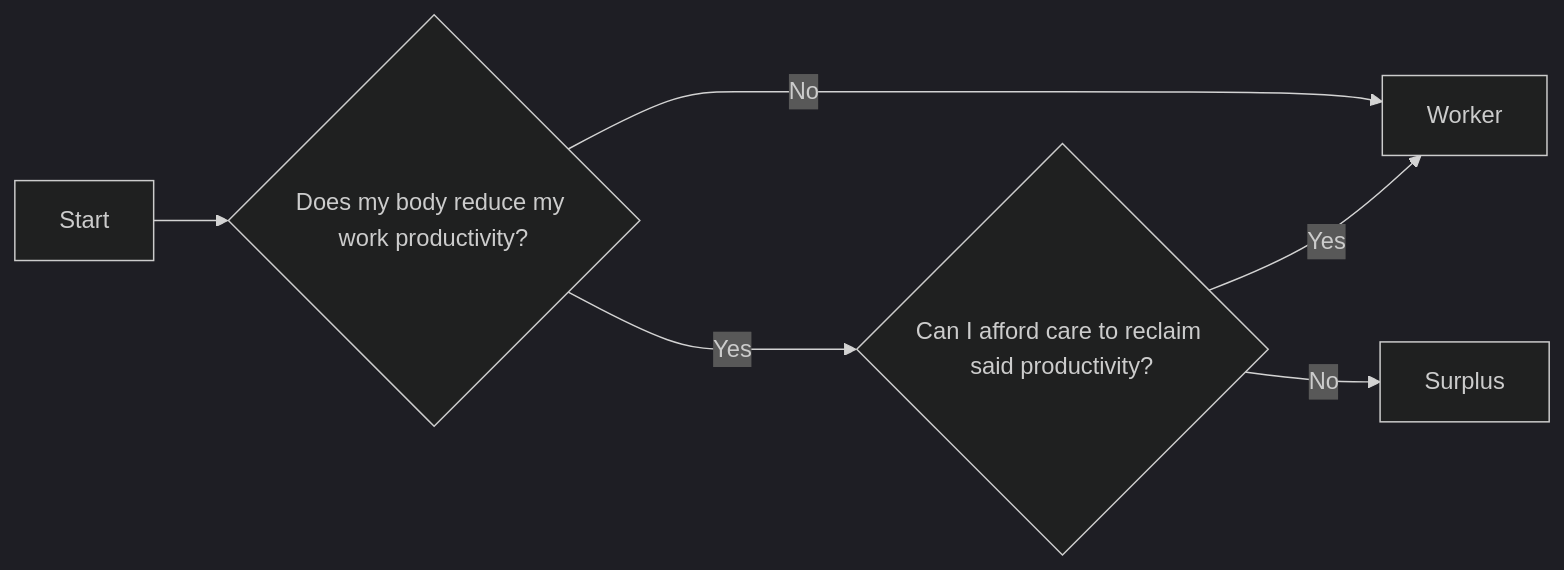
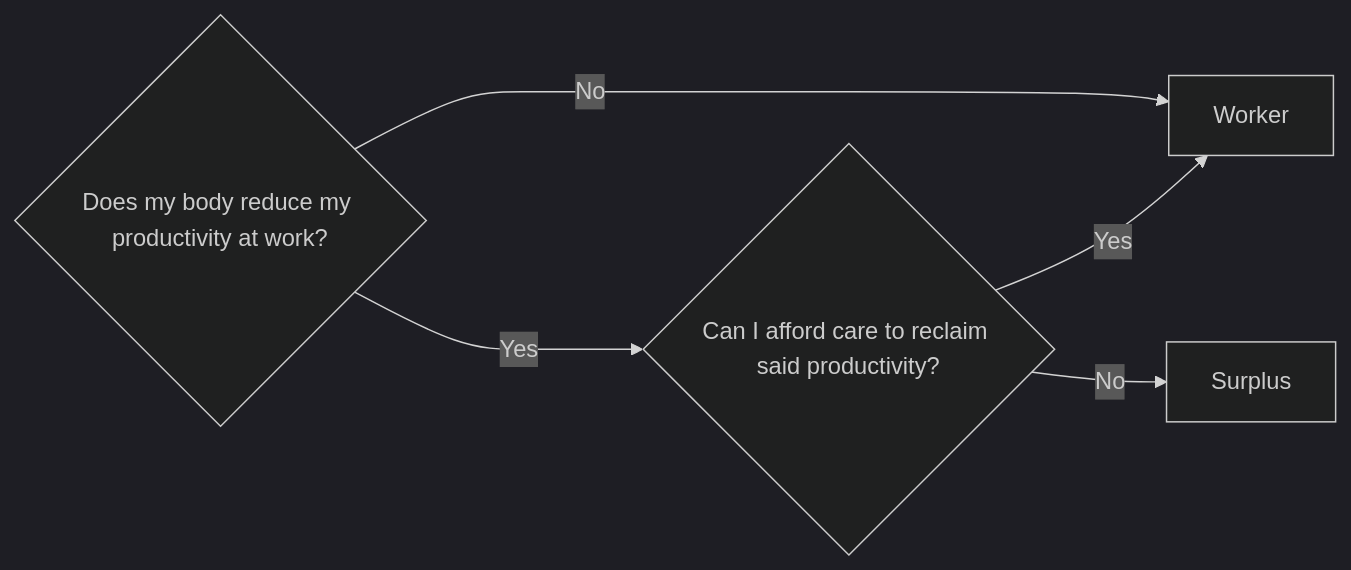
Before and after one commit to renters-union-nashville/health: the first of 2 diagrams in PITCHME.md, drawn with Mermaid. The commit also changed other lines of this file, not shown here.

````diff
--- a/PITCHME.md
+++ b/PITCHME.md
@@ -44,9 +44,9 @@
 ```mermaid[diagram of surplus relationship]
 %%{init: {'theme': 'dark', "flowchart" : { "curve" : "basis" } } }%%
 flowchart LR
-    A[Start] --> B{Does my body reduce my work productivity?}
-    B -- Yes --> C{Can I afford care to reclaim said productivity?}
-    C -- Yes --> E[Worker]
-    C -- No --> D[Surplus]
-    B -- No ----> E[Worker]
+    A{Does my body reduce my productivity at work?}
+    A -- Yes --> B{Can I afford care to reclaim said productivity?}
+    B -- Yes --> D[Worker]
+    B -- No --> E[Surplus]
+    A -- No ----> D[Worker]
 ```
````
